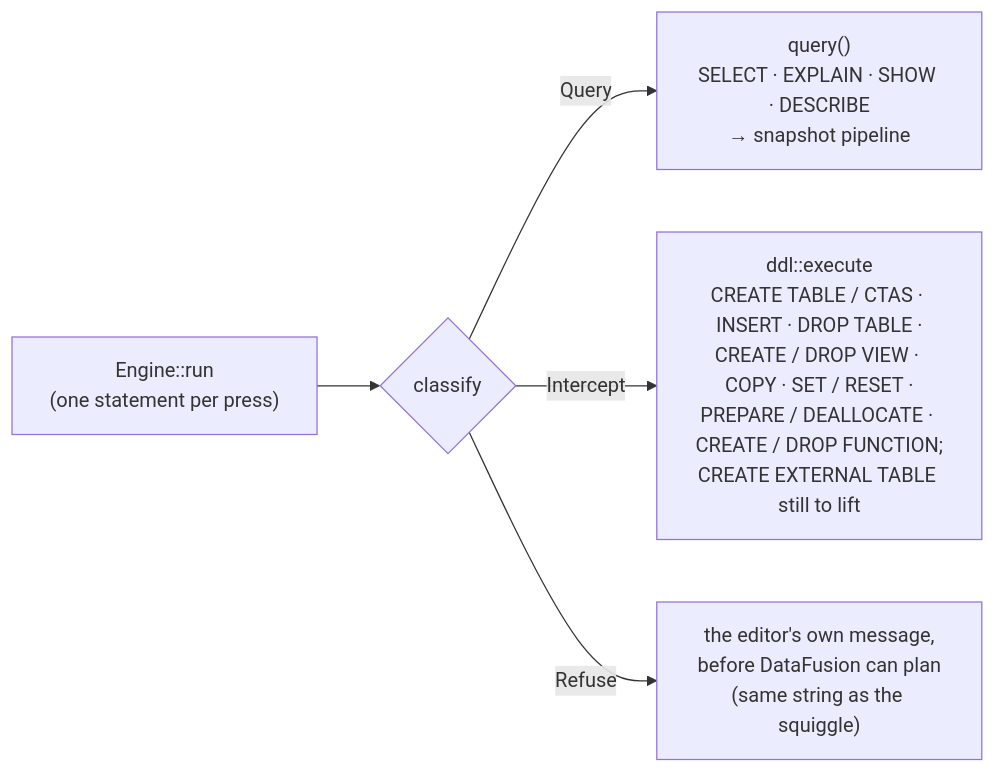
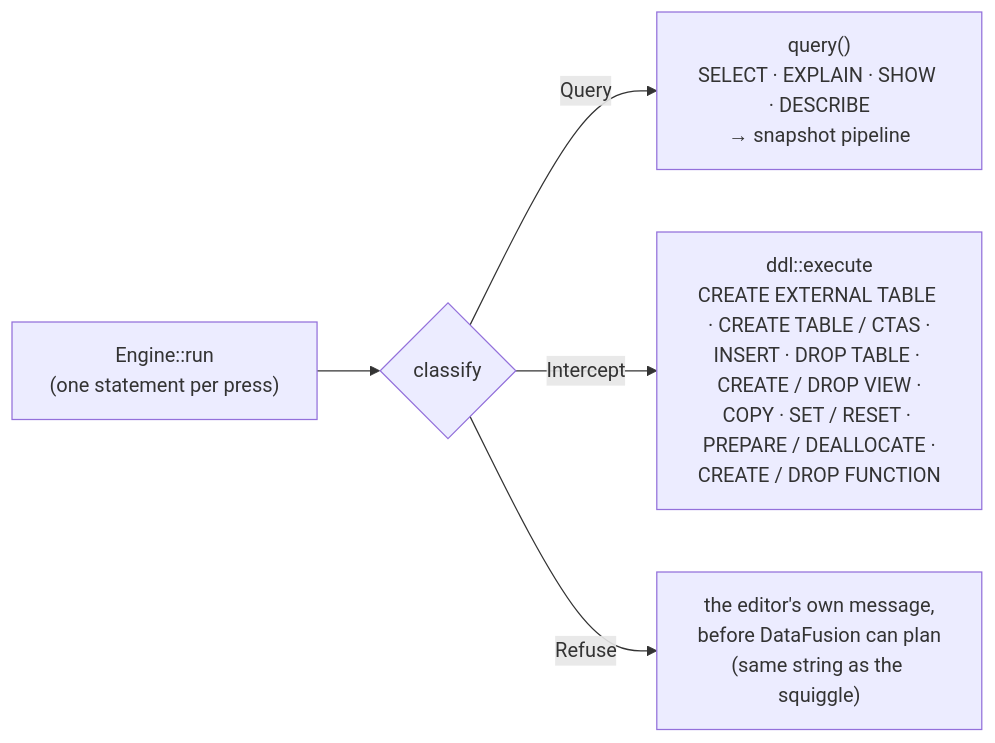
The second of 2 diagrams in docs/ARCHITECTURE.md (alexparlett/strata), drawn with Mermaid before and after one commit. The commit also changed other lines of this file and 21 other files, not shown here.

````diff
--- a/docs/ARCHITECTURE.md
+++ b/docs/ARCHITECTURE.md
@@ -91,7 +91,7 @@
 ```mermaid
 flowchart LR
     RUN["Engine::run<br/>(one statement per press)"] --> C{classify}
     C -->|Query| Q["query()<br/>SELECT · EXPLAIN · SHOW · DESCRIBE<br/>→ snapshot pipeline"]
-    C -->|Intercept| I["ddl::execute<br/>CREATE TABLE / CTAS · INSERT · DROP TABLE ·<br/>CREATE / DROP VIEW · COPY · SET / RESET ·<br/>PREPARE / DEALLOCATE · CREATE / DROP FUNCTION;<br/>CREATE EXTERNAL TABLE still to lift"]
+    C -->|Intercept| I["ddl::execute<br/>CREATE EXTERNAL TABLE · CREATE TABLE / CTAS ·<br/>INSERT · DROP TABLE · CREATE / DROP VIEW ·<br/>COPY · SET / RESET · PREPARE / DEALLOCATE ·<br/>CREATE / DROP FUNCTION"]
     C -->|Refuse| R["the editor's own message,<br/>before DataFusion can plan<br/>(same string as the squiggle)"]
 ```
````
